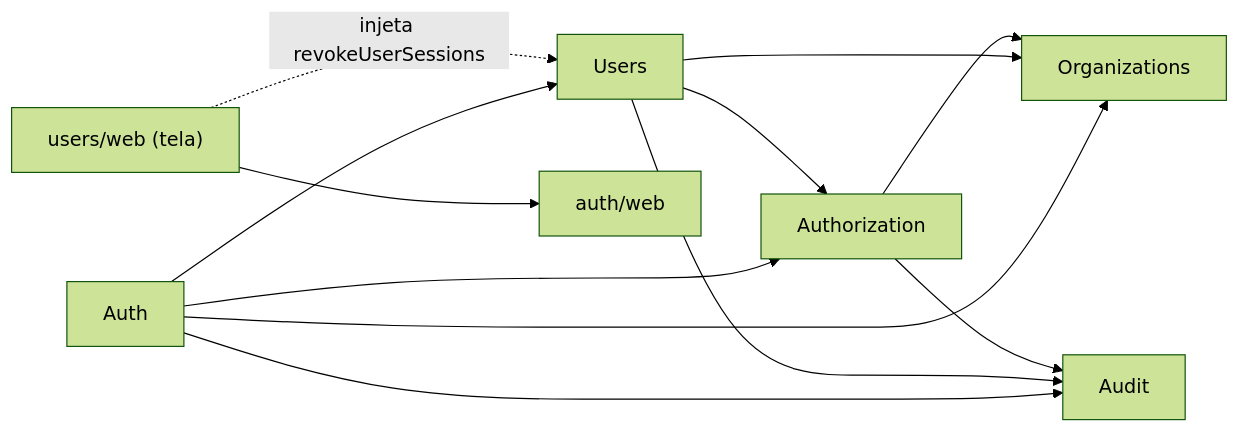
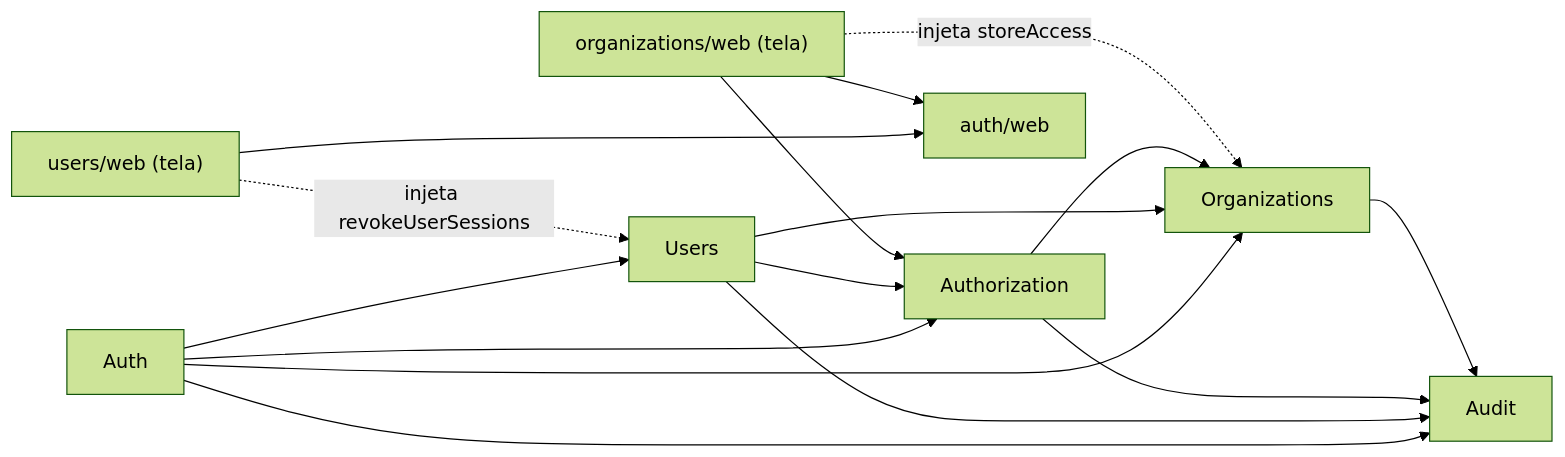
One commit to marlonerick/erp-mesa-restaurante changed the first of 2 diagrams in maps/modules/dependencias.md. Above: the diagram before and after it, drawn with Mermaid (forest theme). The commit also changed other lines of this file and 44 other files, not shown here.

````diff
--- a/maps/modules/dependencias.md
+++ b/maps/modules/dependencias.md
@@ -8,14 +8,18 @@
 ```mermaid
 flowchart LR
   AUTH[Auth] --> USERS[Users]
   AUTH --> AUTHZ[Authorization]
   AUTH --> ORG[Organizations]
   USERS --> AUTHZ
   USERS --> ORG
   AUTHZ --> ORG
   AUTH --> AUDIT[Audit]
   USERS --> AUDIT
   AUTHZ --> AUDIT
+  ORG --> AUDIT
   USERSWEB["users/web (tela)"] -. injeta revokeUserSessions .-> USERS
   USERSWEB --> AUTHWEB["auth/web"]
+  ORGWEB["organizations/web (tela)"] -. injeta storeAccess .-> ORG
+  ORGWEB --> AUTHZ
+  ORGWEB --> AUTHWEB
 ```
````
